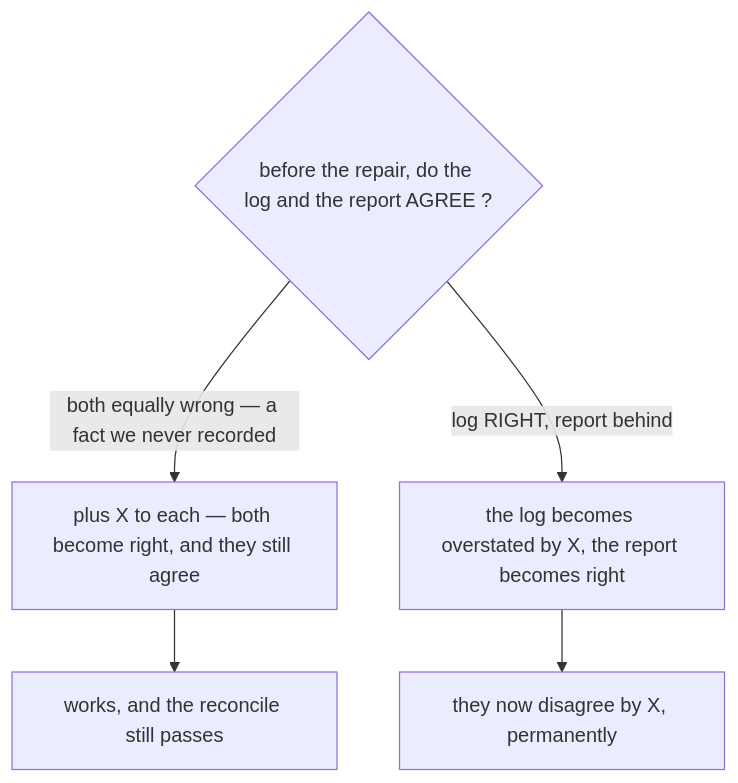
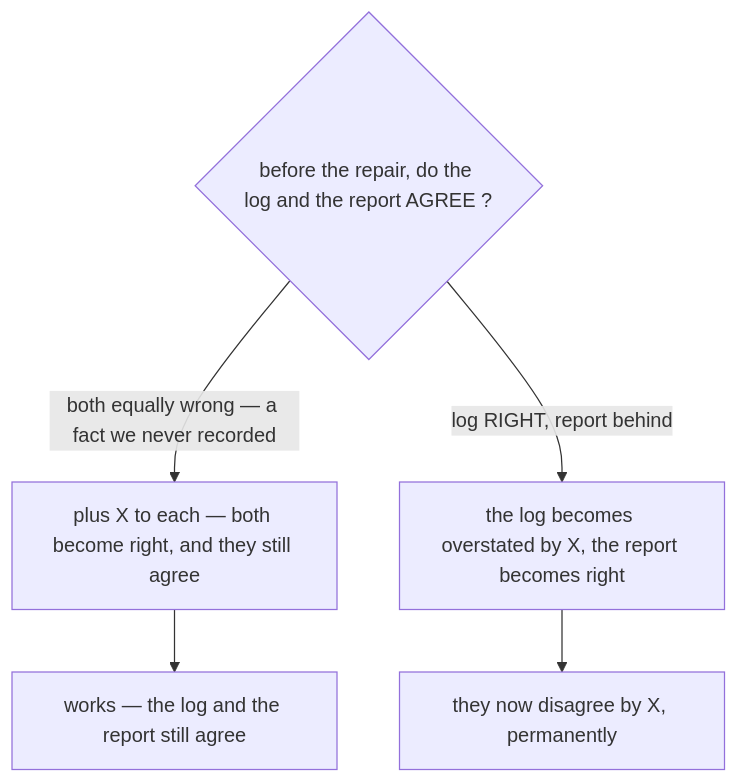
Before and after one commit to pdcgo/warehouse_revamp: the second of 23 diagrams in docs/business/settlement/context_clarify.md, drawn with Mermaid. The commit also changed other lines of this file and 5 other files, not shown here.

````diff
--- a/docs/business/settlement/context_clarify.md
+++ b/docs/business/settlement/context_clarify.md
@@ -80,8 +80,8 @@
 ```mermaid
 flowchart TB
   S{"before the repair, do the log and the report AGREE ?"}
   S -->|"both equally wrong — a fact we never recorded"| A["plus X to each — both become right, and they still agree"]
-  A --> OK["works, and the reconcile still passes"]
+  A --> OK["works — the log and the report still agree"]
   S -->|"log RIGHT, report behind"| B["the log becomes overstated by X, the report becomes right"]
   B --> BAD["they now disagree by X, permanently"]
 ```
````
